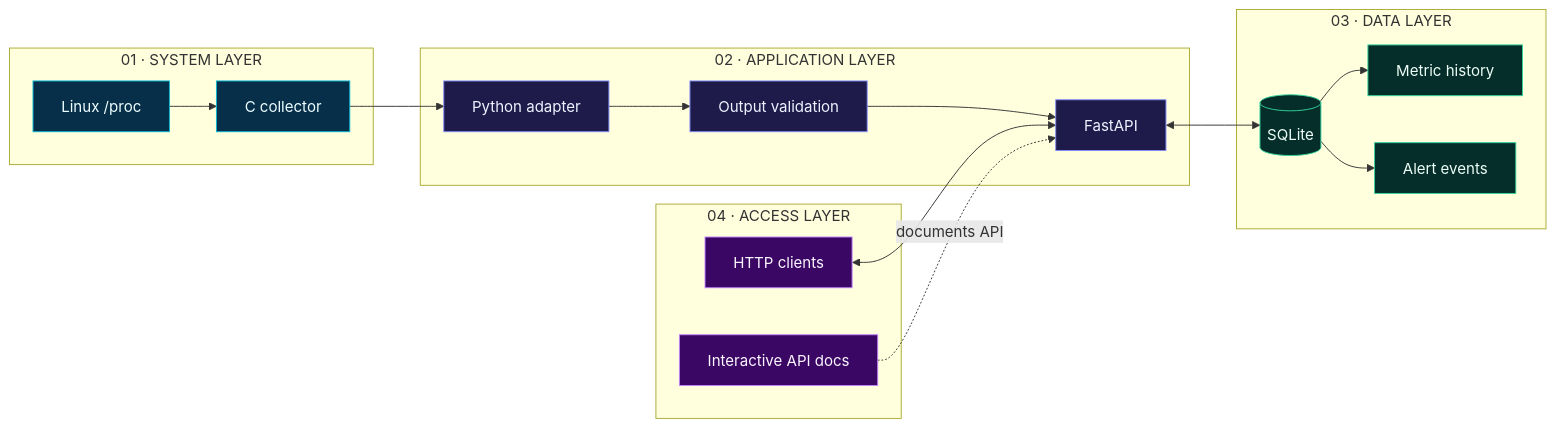
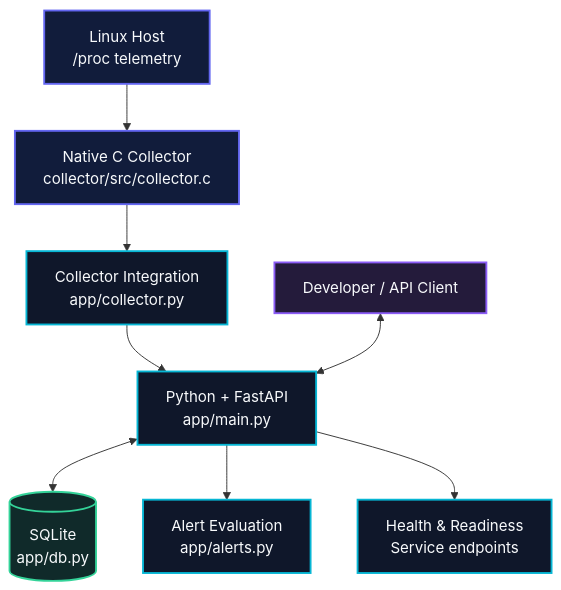
One commit to akankshad1712/sysatlas changed the first of 3 diagrams in README.md. Above: the diagram before and after it, drawn with Mermaid. The commit also changed other lines of this file, not shown here.

````diff
--- a/README.md
+++ b/README.md
@@ -127,43 +60,37 @@
 ```mermaid
-flowchart LR
-    subgraph SYSTEM["01 · SYSTEM LAYER"]
-        PROC["Linux /proc"]
-        COLLECTOR["C collector"]
-        PROC --> COLLECTOR
-    end
+flowchart TB
+    HOST["Linux Host<br/>/proc telemetry"]
 
-    subgraph APPLICATION["02 · APPLICATION LAYER"]
-        ADAPTER["Python adapter"]
-        VALIDATOR["Output validation"]
-        API["FastAPI"]
-        ADAPTER --> VALIDATOR --> API
-    end
+    COLLECTOR["Native C Collector<br/>collector/src/collector.c"]
 
-    subgraph STORAGE["03 · DATA LAYER"]
-        DB[("SQLite")]
-        METRICS["Metric history"]
-        EVENTS["Alert events"]
-        DB --> METRICS
-        DB --> EVENTS
-    end
+    INTEGRATION["Collector Integration<br/>app/collector.py"]
 
-    subgraph ACCESS["04 · ACCESS LAYER"]
-        CLIENT["HTTP clients"]
-        DOCS["Interactive API docs"]
-    end
+    API["Python + FastAPI<br/>app/main.py"]
 
-    COLLECTOR --> ADAPTER
-    API <--> DB
+    DATABASE[("SQLite<br/>app/db.py")]
+
+    ALERTS["Alert Evaluation<br/>app/alerts.py"]
+
+    CLIENT["Developer / API Client"]
+
+    HEALTH["Health & Readiness<br/>Service endpoints"]
+
+    HOST --> COLLECTOR
+    COLLECTOR --> INTEGRATION
+    INTEGRATION --> API
+
     CLIENT <--> API
-    DOCS -. "documents API" .-> API
+    API <--> DATABASE
+    API --> ALERTS
+    API --> HEALTH
 
-    classDef system fill:#082F49,stroke:#06B6D4,color:#ECFEFF
-    classDef app fill:#1E1B4B,stroke:#818CF8,color:#EEF2FF
-    classDef storage fill:#052E2B,stroke:#34D399,color:#ECFDF5
-    classDef access fill:#3B0764,stroke:#C084FC,color:#FAF5FF
+    classDef source fill:#111C3B,stroke:#6366F1,color:#F8FAFC,stroke-width:2px
+    classDef service fill:#0F172A,stroke:#06B6D4,color:#F8FAFC,stroke-width:2px
+    classDef storage fill:#102A2A,stroke:#34D399,color:#F8FAFC,stroke-width:2px
+    classDef client fill:#241B3B,stroke:#8B5CF6,color:#F8FAFC,stroke-width:2px
 
-    class PROC,COLLECTOR system
-    class ADAPTER,VALIDATOR,API app
-    class DB,METRICS,EVENTS storage
-    class CLIENT,DOCS access
+    class HOST,COLLECTOR source
+    class INTEGRATION,API,ALERTS,HEALTH service
+    class DATABASE storage
+    class CLIENT client
 ```
````
